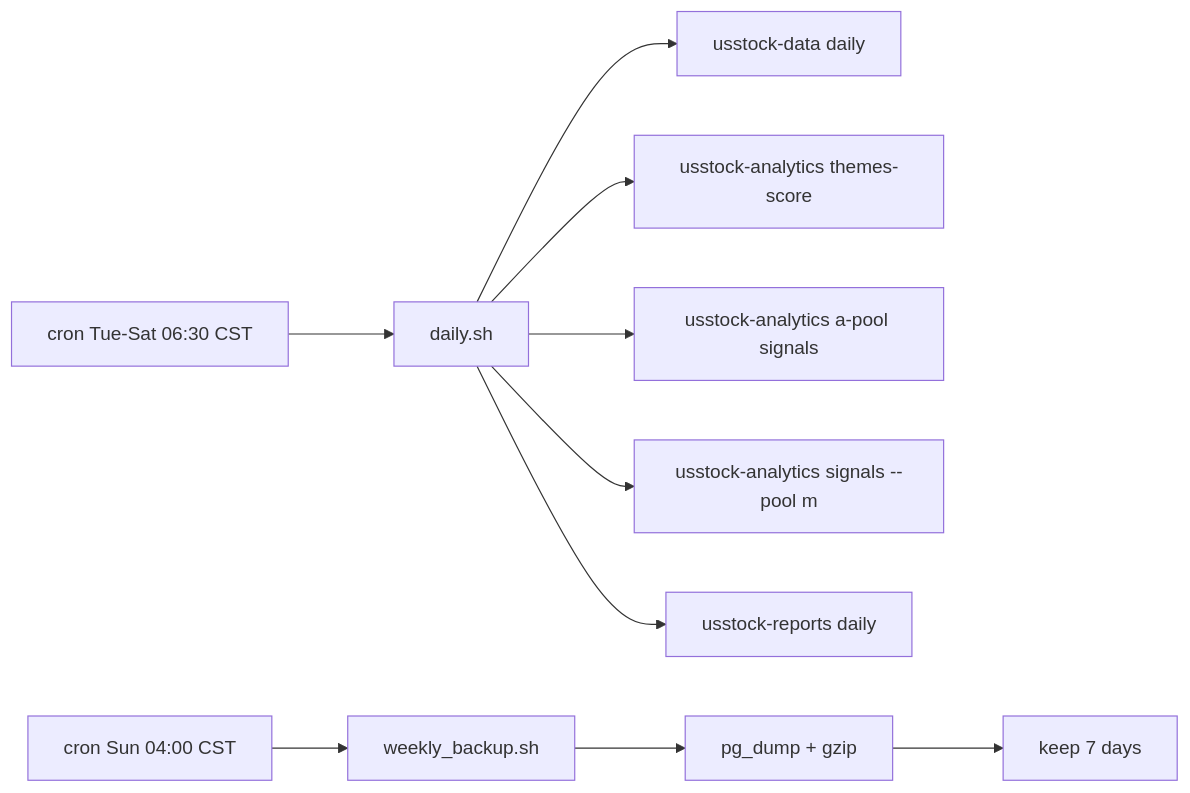
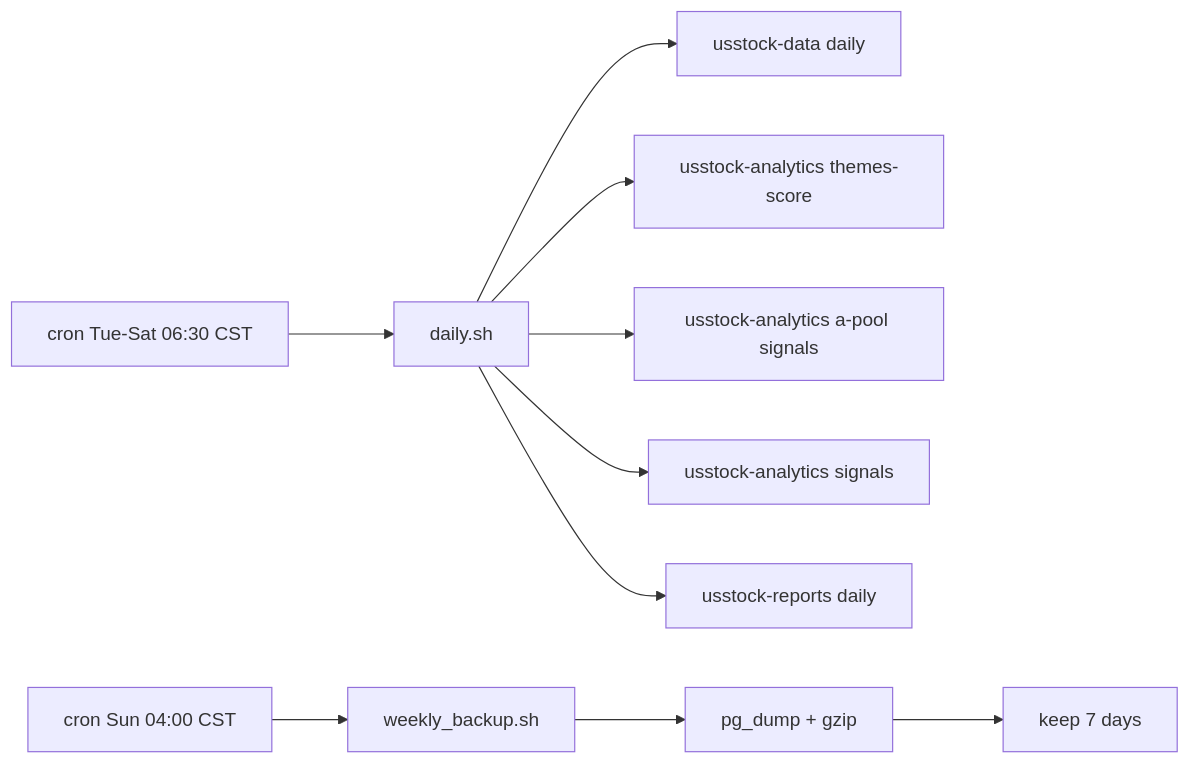
The diagram in deploy/README.md (imnaivedog/us-stock-research), drawn with Mermaid before and after one commit. The commit also changed other lines of this file and 28 other files, not shown here.

````diff
--- a/deploy/README.md
+++ b/deploy/README.md
@@ -5,13 +5,13 @@
 ```mermaid
 flowchart LR
   cron_daily["cron Tue-Sat 06:30 CST"] --> daily["daily.sh"]
   daily --> data["usstock-data daily"]
   daily --> theme["usstock-analytics themes-score"]
   daily --> apool["usstock-analytics a-pool signals"]
-  daily --> mpool["usstock-analytics signals --pool m"]
+  daily --> mpool["usstock-analytics signals"]
   daily --> reports["usstock-reports daily"]
 
   cron_backup["cron Sun 04:00 CST"] --> backup["weekly_backup.sh"]
   backup --> dump["pg_dump + gzip"]
   dump --> retain["keep 7 days"]
 ```
````
